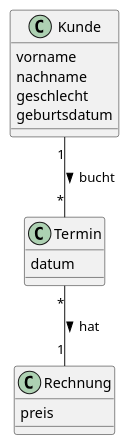
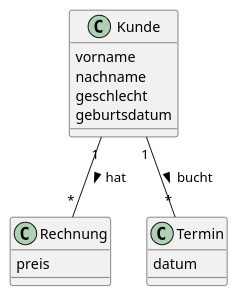
The diagram in asciidocs/asciidocs/plantuml/BarberShop.puml (2223-4bhitm-sew/01-microproject-GoldmannPascal), drawn with PlantUML before and after one commit. The commit also changed 13 other files, not shown here.

```diff
--- a/asciidocs/asciidocs/plantuml/BarberShop.puml
+++ b/asciidocs/asciidocs/plantuml/BarberShop.puml
@@ -1,28 +1,28 @@
 @startuml
 
 top to bottom direction
 
 
 class Rechnung {
     preis
 }
 
 class Kunde {
     vorname
     nachname
     geschlecht
     geburtsdatum
 }
 
 class Termin {
     datum
 }
 
 
 Kunde "1"--"*" Termin : bucht >
-Termin "*"--"1" Rechnung : hat >
+Kunde "1"--"*" Rechnung : hat >
 
 
 
 
 @enduml
```
